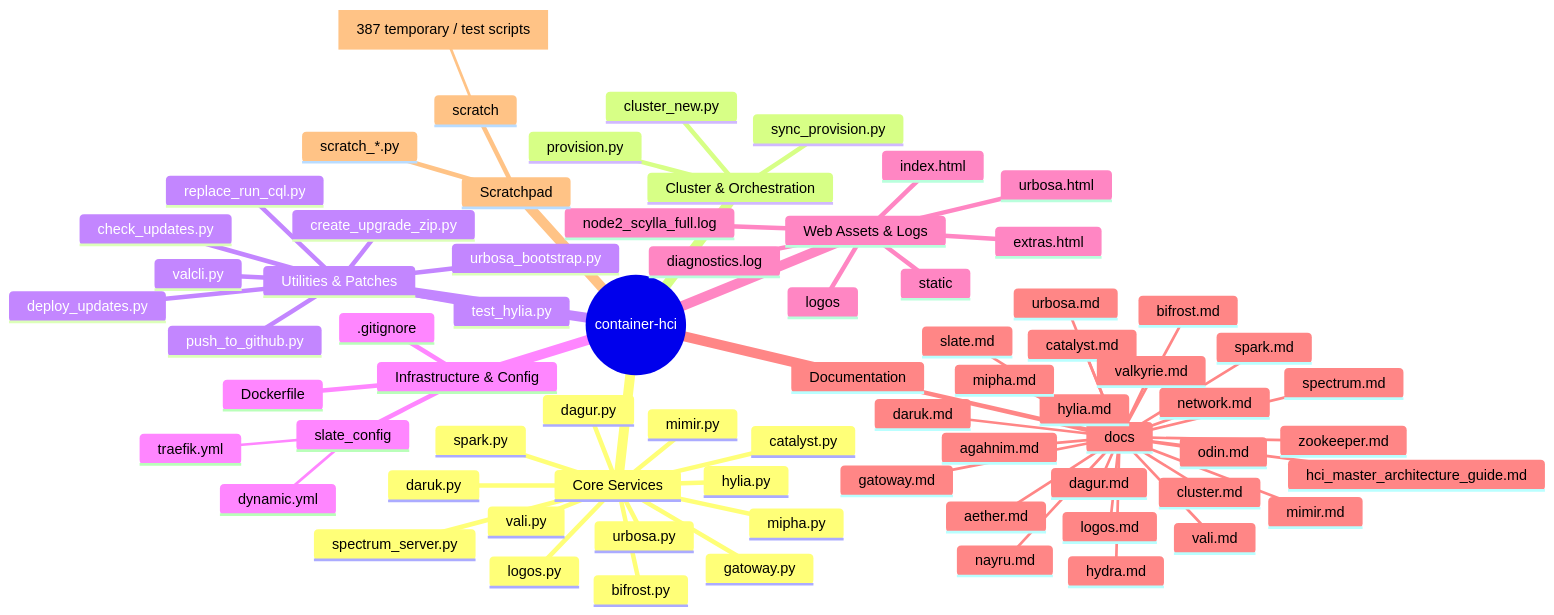
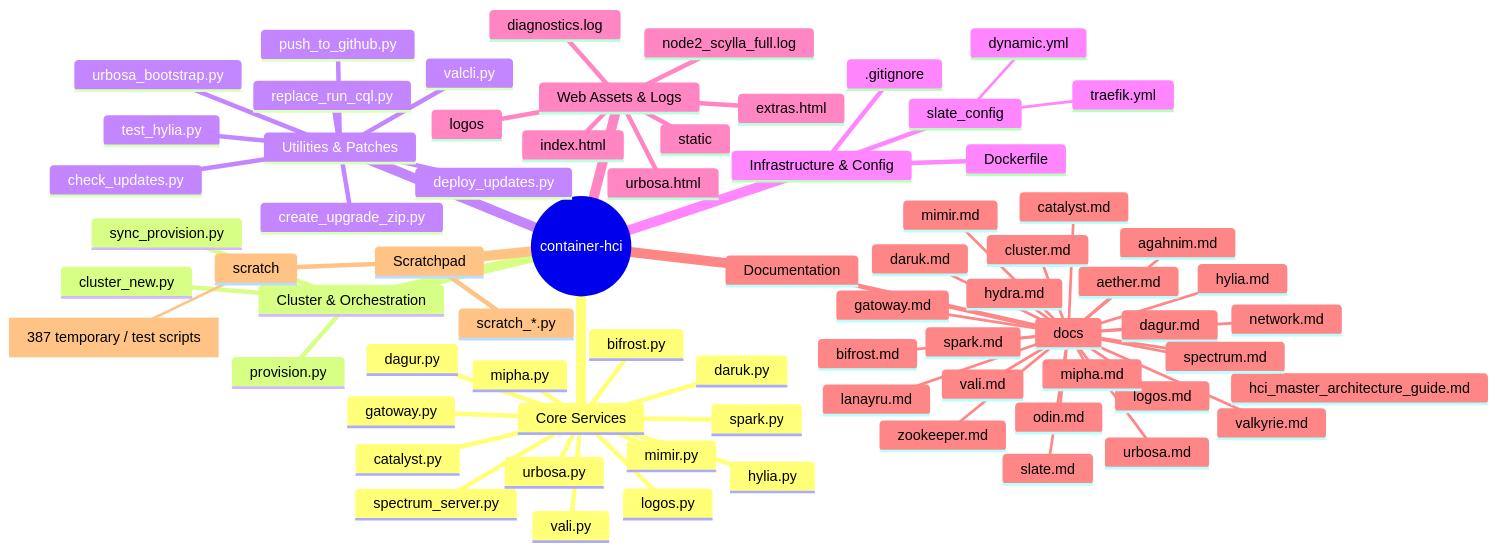
Before and after one commit to AuroraRyunix/Helios-HCI: the diagram in file_mindmap.md, drawn with Mermaid. The commit also changed 4 other files, not shown here.

````diff
--- a/file_mindmap.md
+++ b/file_mindmap.md
@@ -5,75 +5,75 @@
 ```mermaid
 mindmap
   root((container-hci))
     Core Services
       bifrost.py
       catalyst.py
       dagur.py
       daruk.py
       gatoway.py
       hylia.py
       logos.py
       mimir.py
       mipha.py
       spark.py
       spectrum_server.py
       urbosa.py
       vali.py
     Cluster & Orchestration
       cluster_new.py
       provision.py
       sync_provision.py
     Utilities & Patches
       check_updates.py
       create_upgrade_zip.py
       deploy_updates.py
       push_to_github.py
       replace_run_cql.py
       urbosa_bootstrap.py
       valcli.py
       test_hylia.py
     Infrastructure & Config
       Dockerfile
       slate_config
         dynamic.yml
         traefik.yml
       .gitignore
     Web Assets & Logs
       index.html
       extras.html
       urbosa.html
       static
       logos
       diagnostics.log
       node2_scylla_full.log
     Documentation
       docs
         aether.md
         agahnim.md
         bifrost.md
         catalyst.md
         cluster.md
         dagur.md
         daruk.md
         gatoway.md
         hci_master_architecture_guide.md
         hydra.md
         hylia.md
         logos.md
         mimir.md
         mipha.md
-        nayru.md
+        lanayru.md
         network.md
         odin.md
         slate.md
         spark.md
         spectrum.md
         urbosa.md
         vali.md
         valkyrie.md
         zookeeper.md
     Scratchpad
       scratch
         [387 temporary / test scripts]
       scratch_*.py
 ```
````
